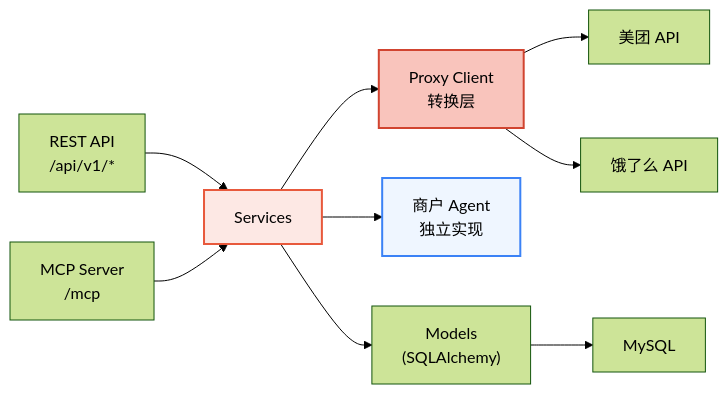
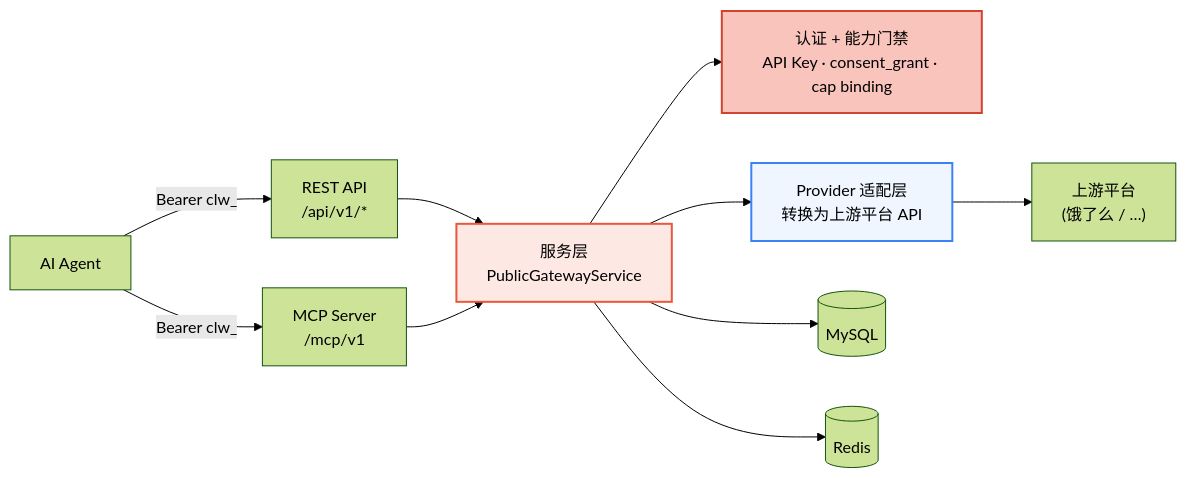
The first of 3 diagrams in gateway/architecture.mdx (clawdot/docs), drawn with Mermaid (forest theme) before and after one commit. The commit also changed other lines of this file and 96 other files, not shown here.

First line of the commit message:
docs(api): 接入契约文档对齐代码 + MCP 独立 tab (批次1)

````diff
--- a/gateway/architecture.mdx
+++ b/gateway/architecture.mdx
@@ -39,14 +10,26 @@
 ```mermaid
 graph LR
-  REST["REST API\n/api/v1/*"] --> Services
-  MCP["MCP Server\n/mcp"] --> Services
-  Services --> ProxyClient["Proxy Client<br/>转换层"]
-  Services --> MerchantAgent["商户 Agent<br/>独立实现"]
-  ProxyClient --> Platform1["美团 API"]
-  ProxyClient --> Platform2["饿了么 API"]
-  Services --> Models["Models\n(SQLAlchemy)"] --> MySQL
+  Agent["AI Agent"]
+  REST["REST API<br/>/api/v1/*"]
+  MCP["MCP Server<br/>/mcp/v1"]
+  Service["服务层<br/>PublicGatewayService"]
+  Gate["认证 + 能力门禁<br/>API Key · consent_grant · cap binding"]
+  Provider["Provider 适配层<br/>转换为上游平台 API"]
+  Upstream["上游平台<br/>(饿了么 / …)"]
+  DB[("MySQL")]
+  Redis[("Redis")]
 
-  style Services fill:#fde8e4,stroke:#E8593C,stroke-width:2px
-  style ProxyClient fill:#f9c4bc,stroke:#D14430,stroke-width:2px
-  style MerchantAgent fill:#EFF6FF,stroke:#3B82F6,stroke-width:2px
+  Agent -->|Bearer clw_| REST
+  Agent -->|Bearer clw_| MCP
+  REST --> Service
+  MCP --> Service
+  Service --> Gate
+  Service --> Provider
+  Provider --> Upstream
+  Service --> DB
+  Service --> Redis
+
+  style Service fill:#fde8e4,stroke:#E8593C,stroke-width:2px
+  style Gate fill:#f9c4bc,stroke:#D14430,stroke-width:2px
+  style Provider fill:#EFF6FF,stroke:#3B82F6,stroke-width:2px
 ```
````
